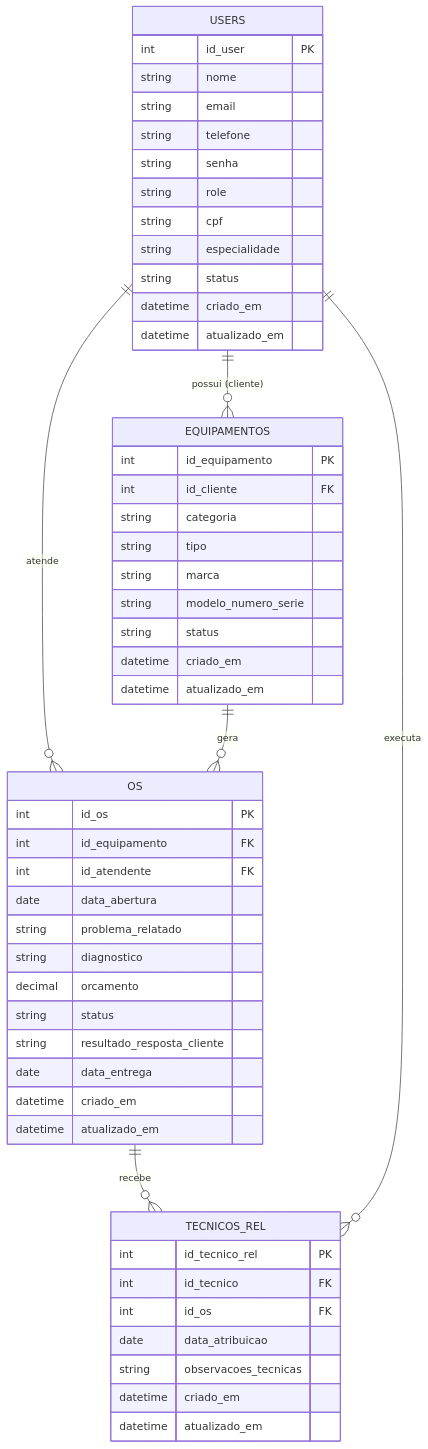
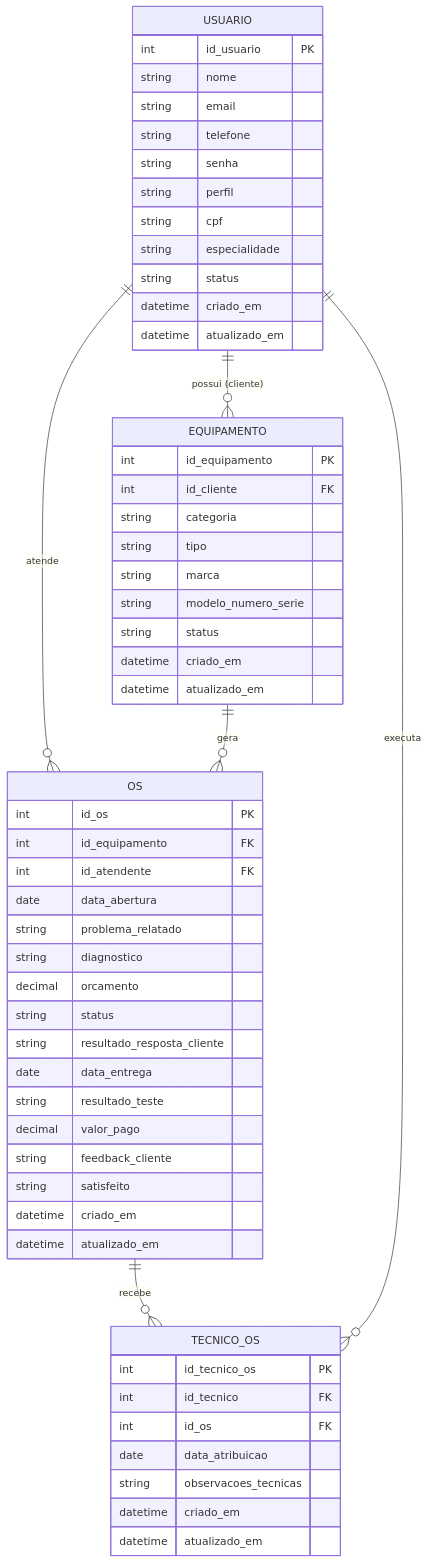
Before and after one commit to UNIP-DS2P48-DS2Q48-2026/pim-02: the diagram in docs/Modelagem_DB/der-simplificado.md, drawn with Mermaid. The commit also changed other lines of this file and 15 other files, not shown here.

````diff
--- a/docs/Modelagem_DB/der-simplificado.md
+++ b/docs/Modelagem_DB/der-simplificado.md
@@ -19,56 +149,60 @@
 ```mermaid
 erDiagram
-    USERS ||--o{ EQUIPAMENTOS : "possui (cliente)"
-    USERS ||--o{ OS : "atende"
-    EQUIPAMENTOS ||--o{ OS : "gera"
-    OS ||--o{ TECNICOS_REL : "recebe"
-    USERS ||--o{ TECNICOS_REL : "executa"
+    USUARIO ||--o{ EQUIPAMENTO : "possui (cliente)"
+    USUARIO ||--o{ OS : "atende"
+    EQUIPAMENTO ||--o{ OS : "gera"
+    OS ||--o{ TECNICO_OS : "recebe"
+    USUARIO ||--o{ TECNICO_OS : "executa"
 
-    USERS {
-        int id_user PK
+    USUARIO {
+        int id_usuario PK
         string nome
         string email
         string telefone
         string senha
-        string role
+        string perfil
         string cpf
         string especialidade
         string status
         datetime criado_em
         datetime atualizado_em
     }
-    EQUIPAMENTOS {
+    EQUIPAMENTO {
         int id_equipamento PK
         int id_cliente FK
         string categoria
         string tipo
         string marca
         string modelo_numero_serie
         string status
         datetime criado_em
         datetime atualizado_em
     }
     OS {
         int id_os PK
         int id_equipamento FK
         int id_atendente FK
         date data_abertura
         string problema_relatado
         string diagnostico
         decimal orcamento
         string status
         string resultado_resposta_cliente
         date data_entrega
+        string resultado_teste
+        decimal valor_pago
+        string feedback_cliente
+        string satisfeito
         datetime criado_em
         datetime atualizado_em
     }
-    TECNICOS_REL {
-        int id_tecnico_rel PK
+    TECNICO_OS {
+        int id_tecnico_os PK
         int id_tecnico FK
         int id_os FK
         date data_atribuicao
         string observacoes_tecnicas
         datetime criado_em
         datetime atualizado_em
     }
 ```
````
